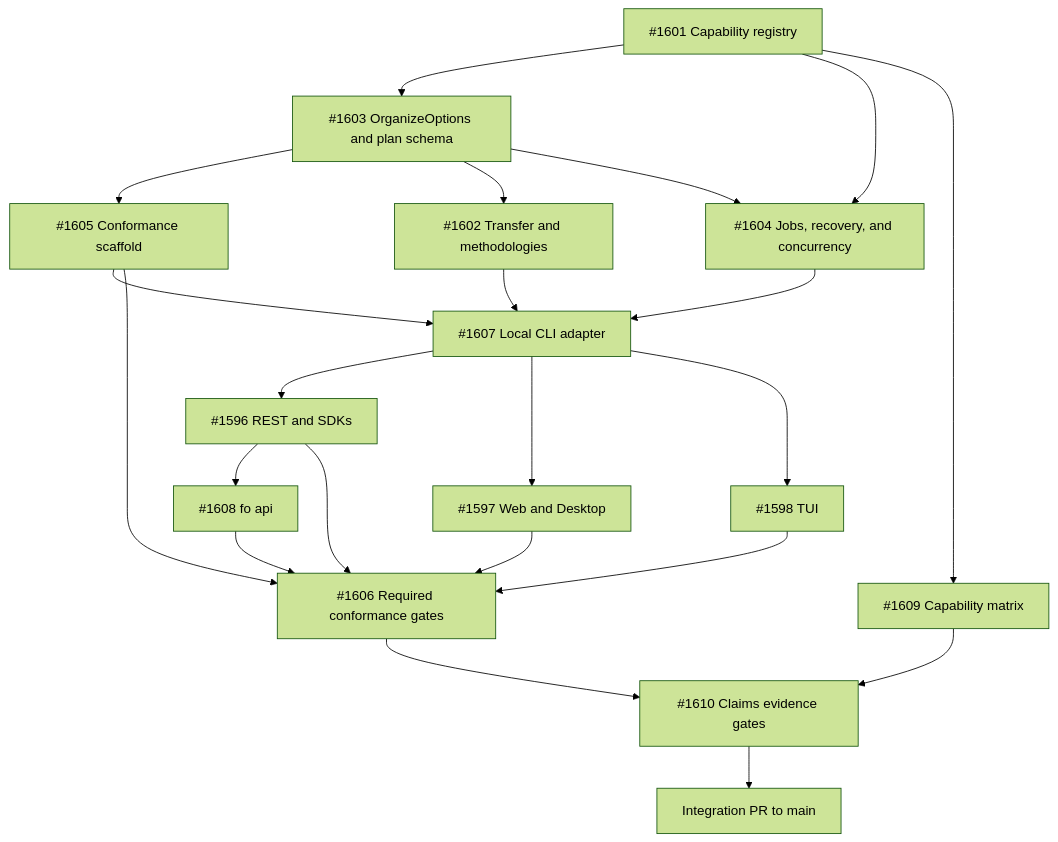
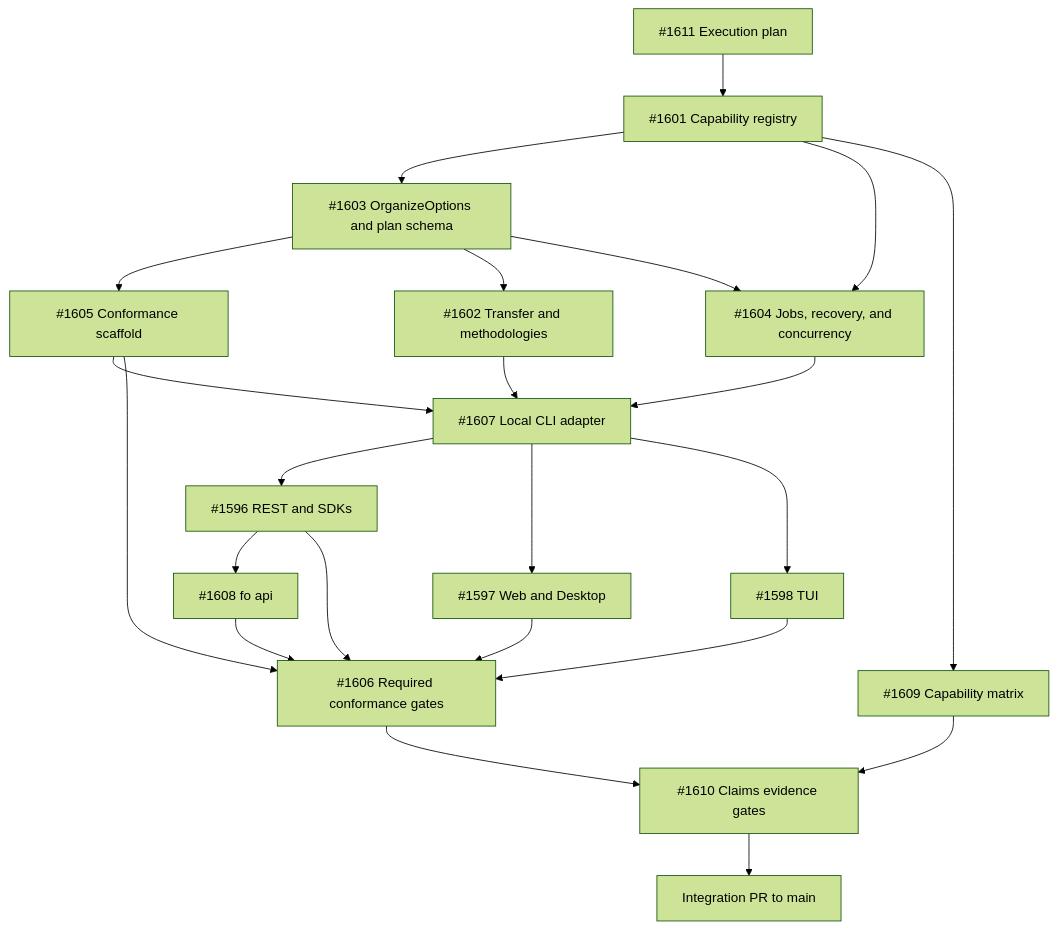
One commit to curdriceaurora/Local-File-Organizer changed the diagram in docs/architecture/cross-surface-parity-execution.md. Above: the diagram before and after it, drawn with Mermaid (forest theme). The commit also changed other lines of this file, not shown here.

Commit message:
docs: sync parity plan with execution hierarchy

````diff
--- a/docs/architecture/cross-surface-parity-execution.md
+++ b/docs/architecture/cross-surface-parity-execution.md
@@ -56,24 +102,25 @@
 ```mermaid
 flowchart TD
-    A["#1601 Capability registry"] --> B["#1603 OrganizeOptions and plan schema"]
+    P["#1611 Execution plan"] --> A["#1601 Capability registry"]
+    A --> B["#1603 OrganizeOptions and plan schema"]
     B --> C["#1605 Conformance scaffold"]
     B --> D["#1602 Transfer and methodologies"]
     A --> E["#1604 Jobs, recovery, and concurrency"]
     B --> E
     C --> F["#1607 Local CLI adapter"]
     D --> F
     E --> F
     F --> G["#1596 REST and SDKs"]
     F --> H["#1597 Web and Desktop"]
     F --> I["#1598 TUI"]
     G --> J["#1608 fo api"]
     G --> K["#1606 Required conformance gates"]
     H --> K
     I --> K
     J --> K
     A --> L["#1609 Capability matrix"]
     C --> K
     K --> M["#1610 Claims evidence gates"]
     L --> M
     M --> N["Integration PR to main"]
 ```
````
